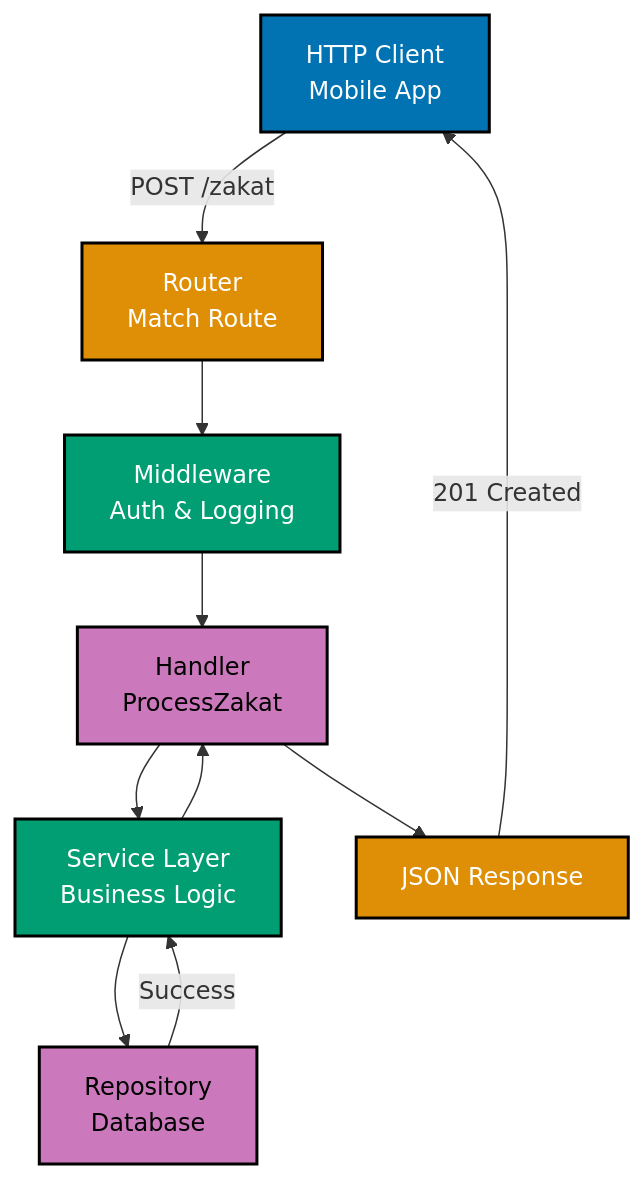
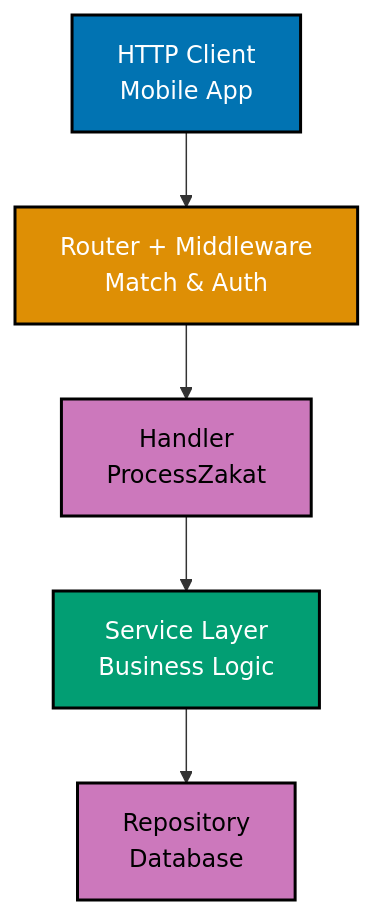
The second of 5 diagrams in docs/explanation/software-engineering/programming-languages/golang/api-standards.md (wahidyankf/open-sharia-enterprise), drawn with Mermaid before and after one commit. The commit also changed other lines of this file and 11 other files, not shown here.

First line of the commit message:
fix(docs): fix mermaid violations in golang docs

````diff
--- a/docs/explanation/software-engineering/programming-languages/golang/api-standards.md
+++ b/docs/explanation/software-engineering/programming-languages/golang/api-standards.md
@@ -355,28 +355,21 @@
 ```mermaid
 %% Color Palette: Blue #0173B2, Orange #DE8F05, Teal #029E73, Purple #CC78BC
 %% REST API request lifecycle for zakat management
 
 graph TD
     A["HTTP Client<br/>Mobile App"]:::blue
-    B["Router<br/>Match Route"]:::orange
-    C["Middleware<br/>Auth & Logging"]:::teal
-    D["Handler<br/>ProcessZakat"]:::purple
-    E["Service Layer<br/>Business Logic"]:::teal
-    F["Repository<br/>Database"]:::purple
-    G["JSON Response"]:::orange
+    B["Router + Middleware<br/>Match & Auth"]:::orange
+    C["Handler<br/>ProcessZakat"]:::purple
+    D["Service Layer<br/>Business Logic"]:::teal
+    E["Repository<br/>Database"]:::purple
 
-    A -->|"POST /zakat"| B
+    A --> B
     B --> C
     C --> D
     D --> E
-    E --> F
-    F -->|"Success"| E
-    E --> D
-    D --> G
-    G -->|"201 Created"| A
 
     classDef blue fill:#0173B2,stroke:#000000,color:#FFFFFF,stroke-width:2px
     classDef orange fill:#DE8F05,stroke:#000000,color:#FFFFFF,stroke-width:2px
     classDef teal fill:#029E73,stroke:#000000,color:#FFFFFF,stroke-width:2px
     classDef purple fill:#CC78BC,stroke:#000000,color:#000000,stroke-width:2px
 ```
````
